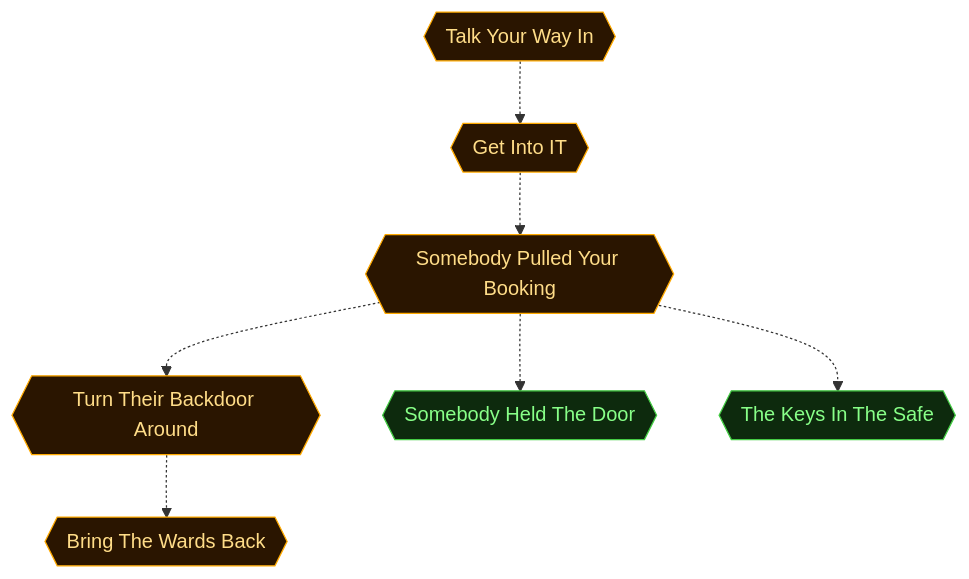
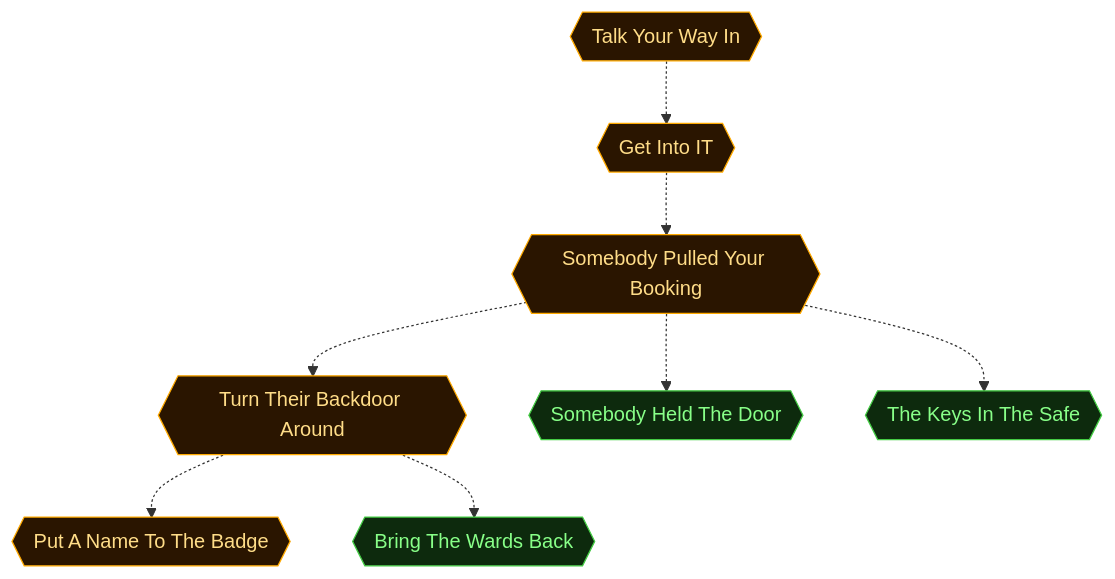
Before and after one commit to cliffe/BreakEscapeGame: the second of 5 diagrams in scenarios/m02_ransomed_trust/dungeon_graph.md, drawn with Mermaid. The commit also changed other lines of this file and 29 other files, not shown here.

````diff
--- a/scenarios/m02_ransomed_trust/dungeon_graph.md
+++ b/scenarios/m02_ransomed_trust/dungeon_graph.md
@@ -294,36 +300,38 @@
 ```mermaid
 flowchart TD
 
   classDef room      fill:#0f2d2d,stroke:#22ddcc,color:#a0ffee
   classDef lock      fill:#2d0f0f,stroke:#e66060,color:#ffa0a0
   classDef key       fill:#2d0812,stroke:#e66060,color:#ffa0a0
   classDef item      fill:#2d1200,stroke:#e89030,color:#ffcc80
   classDef gate      fill:#111,stroke:#666,color:#eee
   classDef vm        fill:#0c1f40,stroke:#4a90d9,color:#a0c8ff
   classDef flag      fill:#1a0c2d,stroke:#9060d0,color:#cc99ff
   classDef action    fill:#1a1200,stroke:#cc9922,color:#ffee88
   classDef aim       fill:#0d2a0d,stroke:#44cc44,color:#88ff88
   classDef aim_gate  fill:#111111,stroke:#44cc44,color:#44cc44
   classDef container fill:#1a2d1a,stroke:#60b060,color:#a0e0a0
   classDef npc       fill:#2d1f0d,stroke:#d0a050,color:#ffe0a0
   classDef critical  fill:#2a1500,stroke:#ffaa00,color:#ffdd88
   classDef start     fill:#003322,stroke:#00ffaa,color:#00ffaa
 
   aim_infiltrate_hospital{{"Talk Your Way In"}}
   aim_access_it_systems{{"Get Into IT"}}
   aim_cover_compromised{{"Somebody Pulled Your Booking"}}
   aim_exploit_entropy_backdoor{{"Turn Their Backdoor Around"}}
   aim_unmask_inside_asset{{"Somebody Held The Door"}}
+  aim_identify_inside_asset{{"Put A Name To The Badge"}}
   aim_recover_offline_keys{{"The Keys In The Safe"}}
   aim_restore_hospital_systems{{"Bring The Wards Back"}}
 
   aim_infiltrate_hospital -.-> aim_access_it_systems
   aim_access_it_systems -.-> aim_cover_compromised
   aim_cover_compromised -.-> aim_exploit_entropy_backdoor
   aim_cover_compromised -.-> aim_unmask_inside_asset
+  aim_exploit_entropy_backdoor -.-> aim_identify_inside_asset
   aim_cover_compromised -.-> aim_recover_offline_keys
   aim_exploit_entropy_backdoor -.-> aim_restore_hospital_systems
 
-  class aim_infiltrate_hospital,aim_access_it_systems,aim_cover_compromised,aim_exploit_entropy_backdoor,aim_restore_hospital_systems critical
-  class aim_unmask_inside_asset,aim_recover_offline_keys aim
+  class aim_infiltrate_hospital,aim_access_it_systems,aim_cover_compromised,aim_exploit_entropy_backdoor,aim_identify_inside_asset critical
+  class aim_unmask_inside_asset,aim_recover_offline_keys,aim_restore_hospital_systems aim
 ```
````
